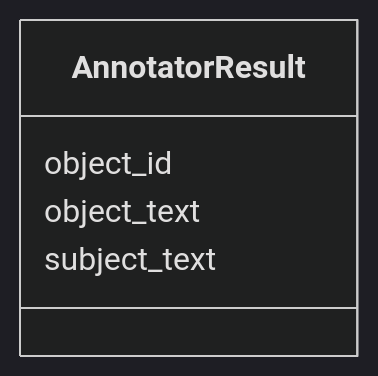
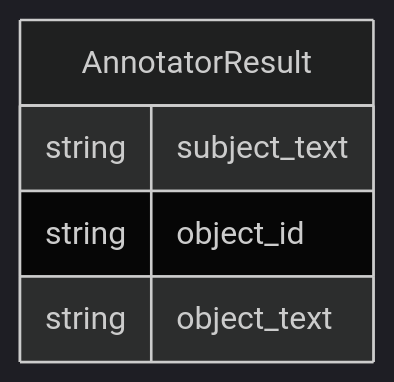
Before and after one commit to monarch-initiative/ontogpt: the diagram in docs/recipe/AnnotatorResult.md, drawn with Mermaid (dark theme). The commit also changed 52 other files, not shown here.

````diff
--- a/docs/recipe/AnnotatorResult.md
+++ b/docs/recipe/AnnotatorResult.md
@@ -8,8 +8,11 @@
 ```mermaid
- classDiagram
-    class AnnotatorResult
-      AnnotatorResult : object_id
-      AnnotatorResult : object_text
-      AnnotatorResult : subject_text
-      
+erDiagram
+AnnotatorResult {
+    string subject_text  
+    string object_id  
+    string object_text  
+}
+
+
+
 ```
````
